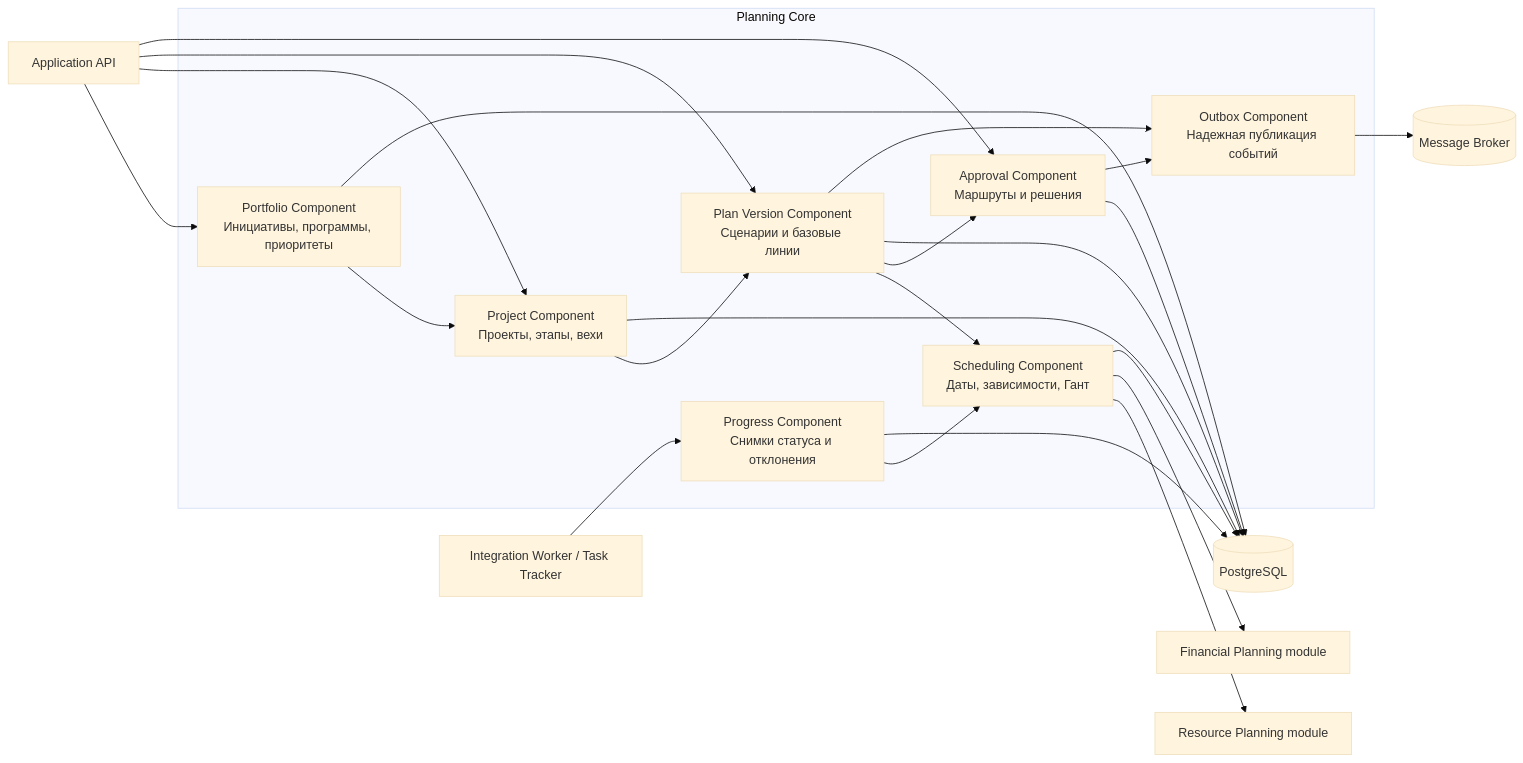
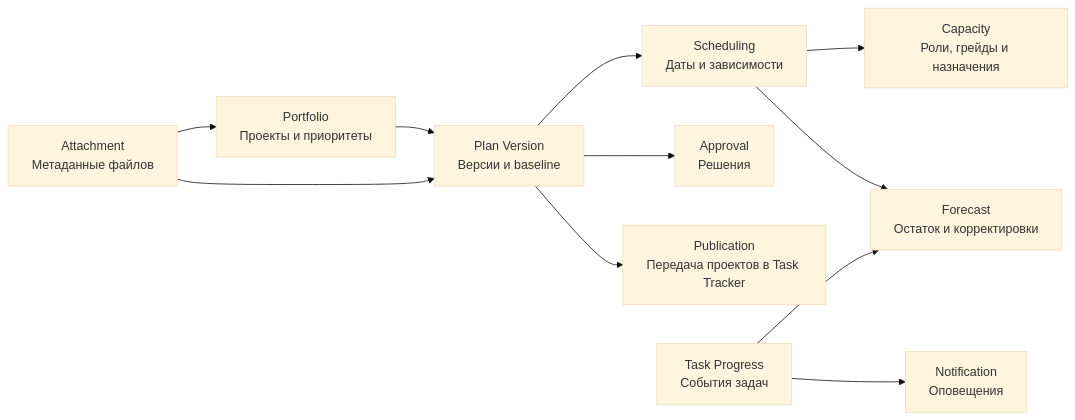
Before and after one commit to MEPhI-C22-501/arch-info-system-monorepo: the third of 4 diagrams in planning-system/docs/architecture.md, drawn with Mermaid (base theme). The commit also changed other lines of this file and 15 other files, not shown here.

````diff
--- a/planning-system/docs/architecture.md
+++ b/planning-system/docs/architecture.md
@@ -133,41 +49,13 @@
 ```mermaid
 flowchart LR
-  api["Application API"]
-  tracker["Integration Worker / Task Tracker"]
-  resource["Resource Planning module"]
-  financial["Financial Planning module"]
-  broker[("Message Broker")]
-  db[("PostgreSQL")]
-
-  subgraph core["Planning Core"]
-    portfolio["Portfolio Component<br/>Инициативы, программы, приоритеты"]
-    project["Project Component<br/>Проекты, этапы, вехи"]
-    version["Plan Version Component<br/>Сценарии и базовые линии"]
-    schedule["Scheduling Component<br/>Даты, зависимости, Гант"]
-    approval["Approval Component<br/>Маршруты и решения"]
-    progress["Progress Component<br/>Снимки статуса и отклонения"]
-    outbox["Outbox Component<br/>Надежная публикация событий"]
-  end
-
-  api --> portfolio
-  api --> project
-  api --> version
-  api --> approval
-  portfolio --> project
-  project --> version
-  version --> schedule
-  version --> approval
-  tracker --> progress
-  progress --> schedule
-  schedule --> resource
-  schedule --> financial
-  portfolio --> db
-  project --> db
-  version --> db
-  schedule --> db
-  approval --> db
-  progress --> db
-  approval --> outbox
-  version --> outbox
-  outbox --> broker
+  portfolio["Portfolio<br/>Проекты и приоритеты"] --> version["Plan Version<br/>Версии и baseline"]
+  version --> schedule["Scheduling<br/>Даты и зависимости"]
+  schedule --> capacity["Capacity<br/>Роли, грейды и назначения"]
+  schedule --> forecast["Forecast<br/>Остаток и корректировки"]
+  version --> approval["Approval<br/>Решения"]
+  version --> publication["Publication<br/>Передача проектов в Task Tracker"]
+  progress["Task Progress<br/>События задач"] --> forecast
+  progress --> notification["Notification<br/>Оповещения"]
+  attachment["Attachment<br/>Метаданные файлов"] --> portfolio
+  attachment --> version
 ```
````
